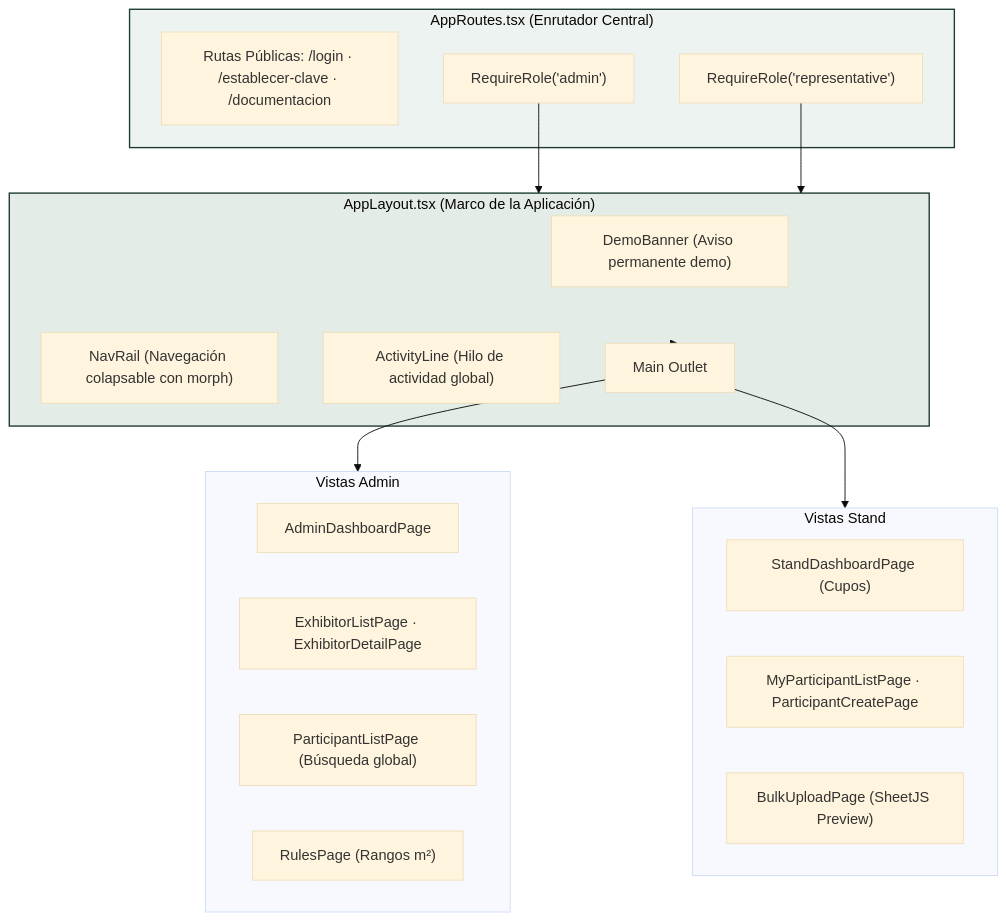
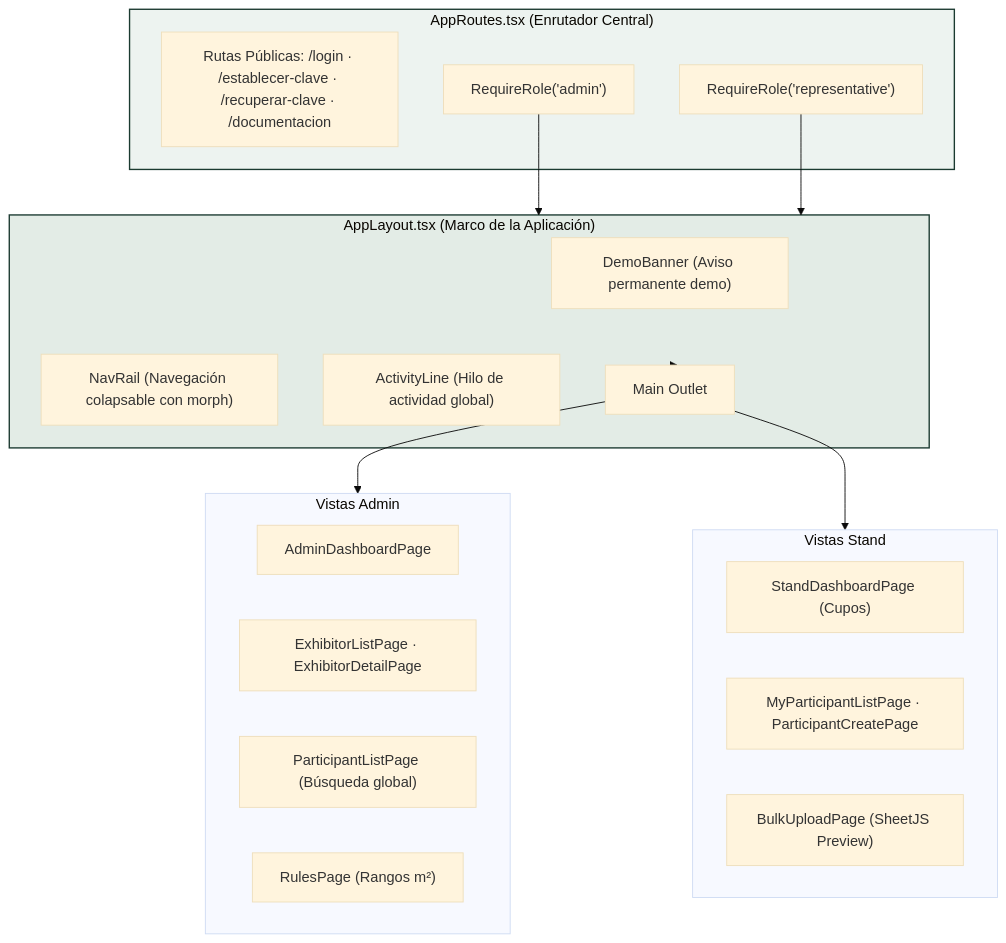
Before and after one commit to Jhongdlp/ExpoFlowes: the first of 2 diagrams in documentacion/06_ARQUITECTURA_FRONTEND_Y_FLUJOS_UX.md, drawn with Mermaid (base theme). The commit also changed 7 other files, not shown here.

````diff
--- a/documentacion/06_ARQUITECTURA_FRONTEND_Y_FLUJOS_UX.md
+++ b/documentacion/06_ARQUITECTURA_FRONTEND_Y_FLUJOS_UX.md
@@ -28,37 +28,37 @@
 ```mermaid
 flowchart TD
     subgraph Root["AppRoutes.tsx (Enrutador Central)"]
-        Public["Rutas Públicas: /login · /establecer-clave · /documentacion"]
+        Public["Rutas Públicas: /login · /establecer-clave · /recuperar-clave · /documentacion"]
         G_Admin["RequireRole('admin')"]
         G_Rep["RequireRole('representative')"]
     end
 
     subgraph Layout["AppLayout.tsx (Marco de la Aplicación)"]
         Banner["DemoBanner (Aviso permanente demo)"]
         Rail["NavRail (Navegación colapsable con morph)"]
         Act["ActivityLine (Hilo de actividad global)"]
         Main["Main Outlet"]
     end
 
     subgraph AdminViews["Vistas Admin"]
         ADash["AdminDashboardPage"]
         ExhList["ExhibitorListPage · ExhibitorDetailPage"]
         PartList["ParticipantListPage (Búsqueda global)"]
         Rules["RulesPage (Rangos m²)"]
     end
 
     subgraph RepViews["Vistas Stand"]
         SDash["StandDashboardPage (Cupos)"]
         MyPart["MyParticipantListPage · ParticipantCreatePage"]
         Bulk["BulkUploadPage (SheetJS Preview)"]
     end
 
     G_Admin --> Layout
     G_Rep --> Layout
     Layout --> Main
     Main --> AdminViews
     Main --> RepViews
 
     style Root fill:#edf3f0,stroke:#1b3a30,stroke-width:1.5px
     style Layout fill:#e3ece6,stroke:#1b3a30,stroke-width:1.5px
 ```
````
